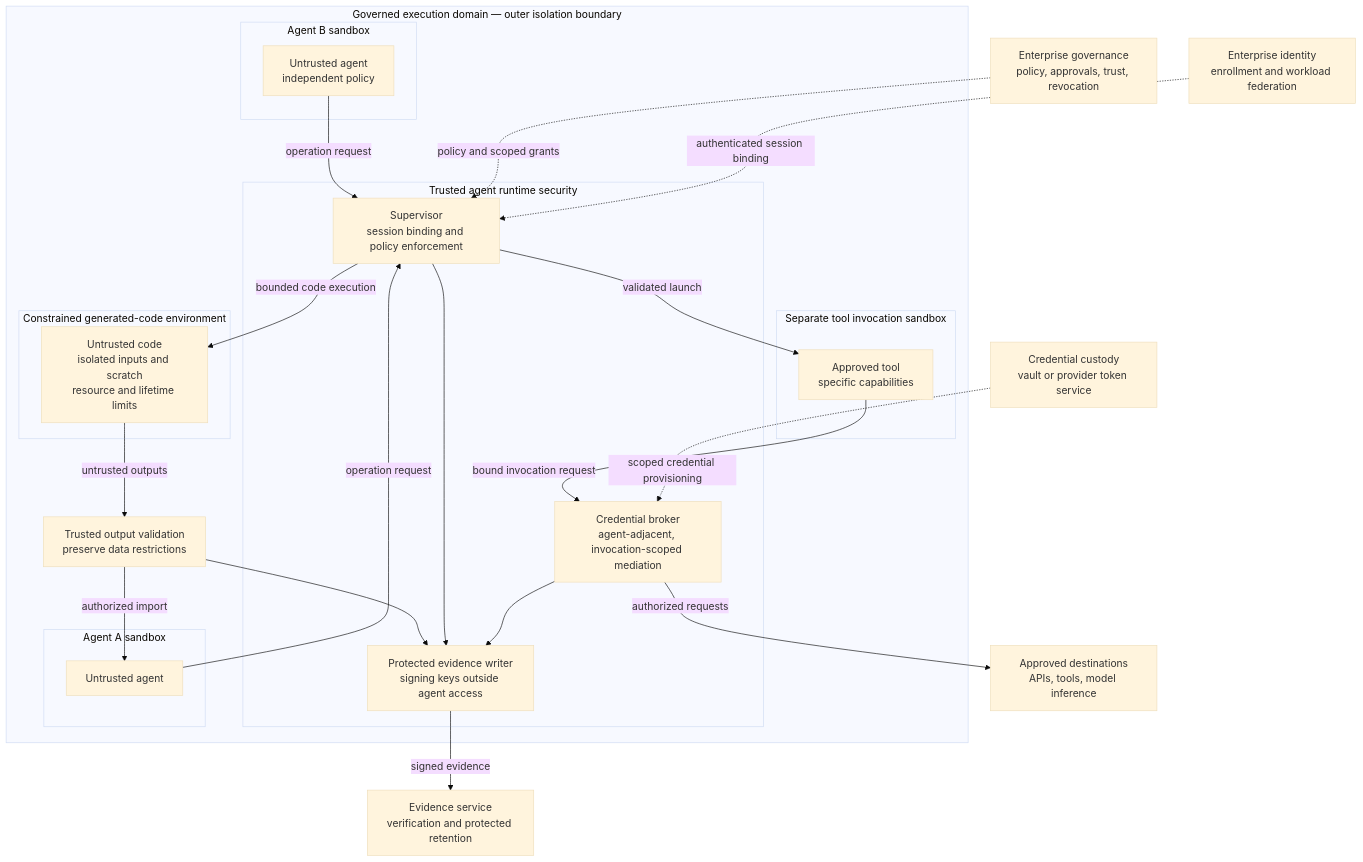
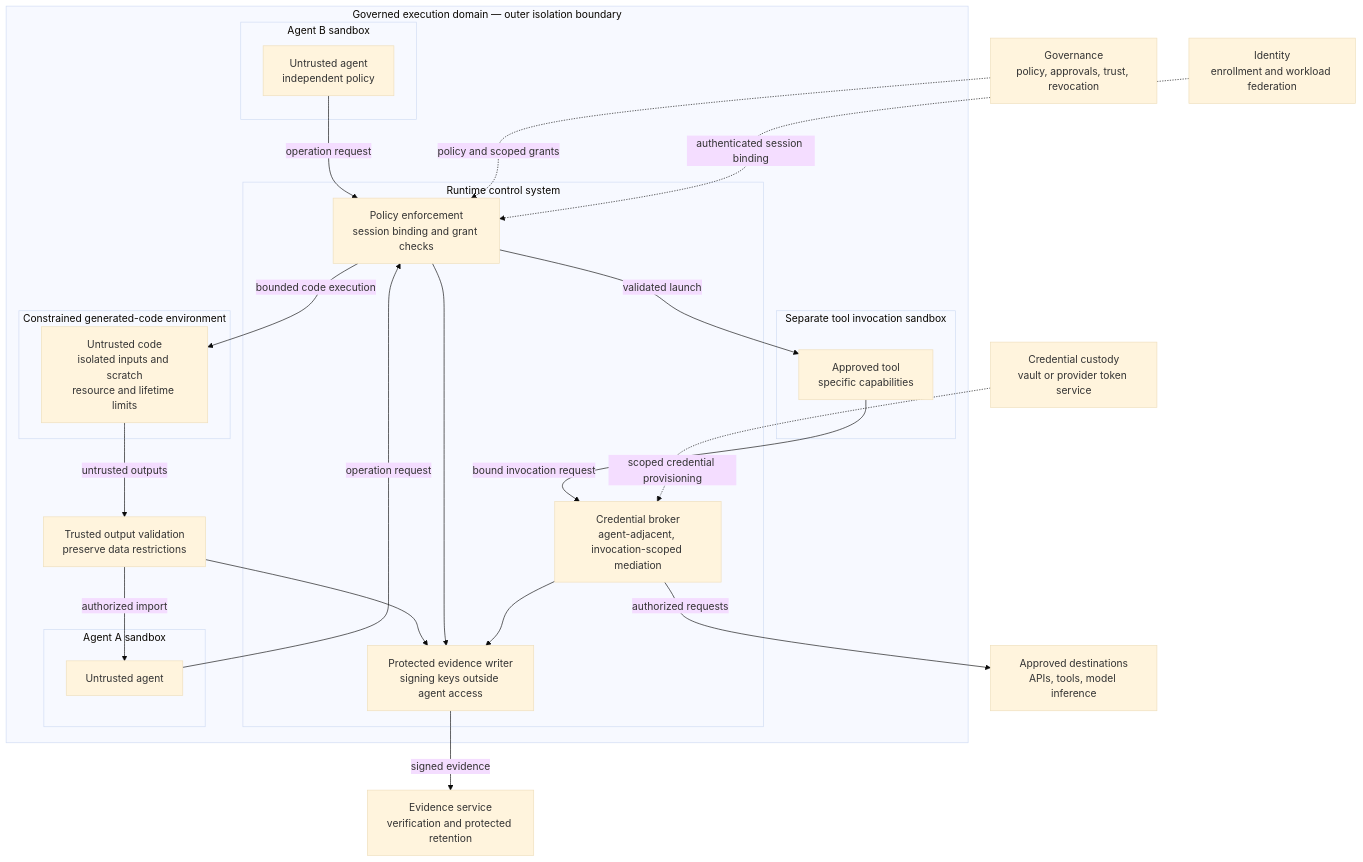
The third of 11 diagrams in site/content/paper.md (nolabs-ai/agent-runtime-security), drawn with Mermaid (base theme) before and after one commit. The commit also changed other lines of this file and 37 other files, not shown here.

First line of the commit message:
feat(docs): update paper and diagrams for runtime governance

````diff
--- a/site/content/paper.md
+++ b/site/content/paper.md
@@ -75,44 +134,44 @@
 ```mermaid
 flowchart TB
-  G["Enterprise governance<br/>policy, approvals, trust, revocation"]
-  I["Enterprise identity<br/>enrollment and workload federation"]
+  G["Governance<br/>policy, approvals, trust, revocation"]
+  I["Identity<br/>enrollment and workload federation"]
   V["Credential custody<br/>vault or provider token service"]
   E["Evidence service<br/>verification and protected retention"]
   D["Approved destinations<br/>APIs, tools, model inference"]
 
   subgraph DOMAIN["Governed execution domain — outer isolation boundary"]
-    subgraph RT["Trusted agent runtime security"]
-      S["Supervisor<br/>session binding and policy enforcement"]
+    subgraph RT["Runtime control system"]
+      S["Policy enforcement<br/>session binding and grant checks"]
       B["Credential broker<br/>agent-adjacent, invocation-scoped mediation"]
       L["Protected evidence writer<br/>signing keys outside agent access"]
     end
     subgraph A["Agent A sandbox"]
       AP["Untrusted agent"]
     end
     subgraph T["Separate tool invocation sandbox"]
       TP["Approved tool<br/>specific capabilities"]
     end
     subgraph C["Agent B sandbox"]
       BP["Untrusted agent<br/>independent policy"]
     end
     AP -->|"operation request"| S
     BP -->|"operation request"| S
     subgraph X["Constrained generated-code environment"]
       XP["Untrusted code<br/>isolated inputs and scratch<br/>resource and lifetime limits"]
     end
     O["Trusted output validation<br/>preserve data restrictions"]
     S -->|"validated launch"| TP
     S -->|"bounded code execution"| XP
     XP -->|"untrusted outputs"| O
     O -->|"authorized import"| AP
     O --> L
     TP -->|"bound invocation request"| B
     S --> L
     B --> L
   end
   G -.->|"policy and scoped grants"| S
   I -.->|"authenticated session binding"| S
   V -.->|"scoped credential provisioning"| B
   B -->|"authorized requests"| D
   L -->|"signed evidence"| E
 ```
````
